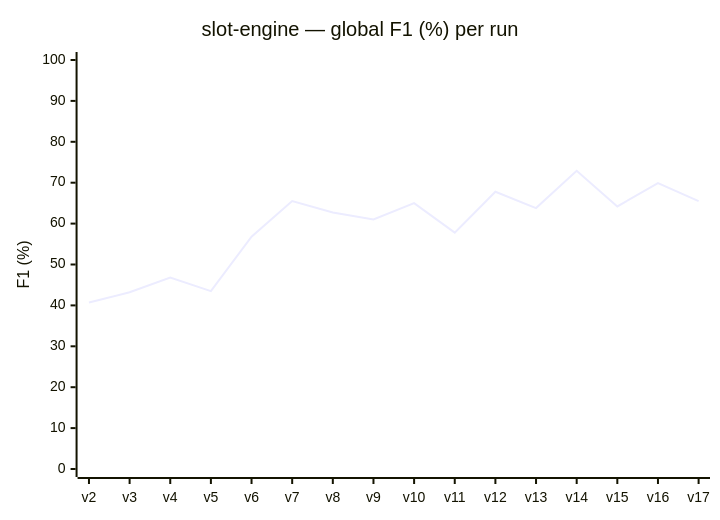
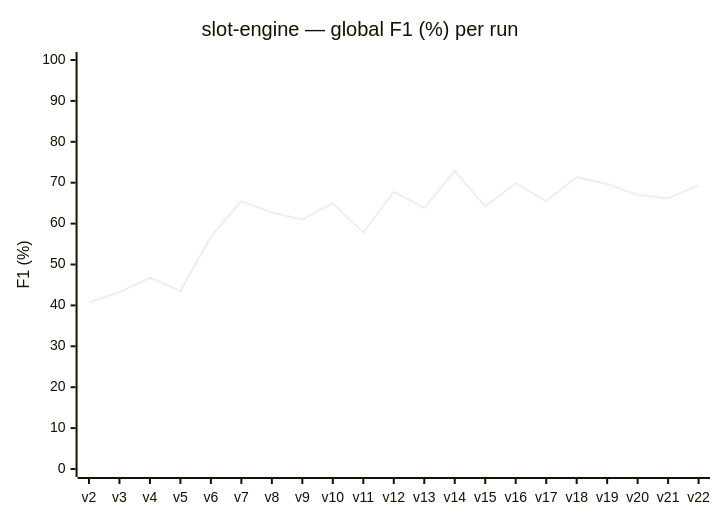
One commit to r-via/anatoly-bench changed the diagram in README.md. Above: the diagram before and after it, drawn with Mermaid. The commit also changed 211 other files, not shown here.

````diff
--- a/README.md
+++ b/README.md
@@ -83,7 +83,7 @@
 ```mermaid
 xychart-beta
     title "slot-engine — global F1 (%) per run"
-    x-axis [v2, v3, v4, v5, v6, v7, v8, v9, v10, v11, v12, v13, v14, v15, v16, v17]
+    x-axis [v2, v3, v4, v5, v6, v7, v8, v9, v10, v11, v12, v13, v14, v15, v16, v17, v18, v19, v20, v21, v22]
     y-axis "F1 (%)" 0 --> 100
-    line [40.7, 43.2, 46.8, 43.5, 56.8, 65.5, 62.7, 61.0, 65.0, 57.8, 67.8, 63.8, 72.9, 64.2, 69.9, 65.5]
+    line [40.7, 43.2, 46.8, 43.5, 56.8, 65.5, 62.7, 61.0, 65.0, 57.8, 67.8, 63.8, 72.9, 64.2, 69.9, 65.5, 71.4, 69.7, 67.0, 66.2, 69.4]
 ```
````
